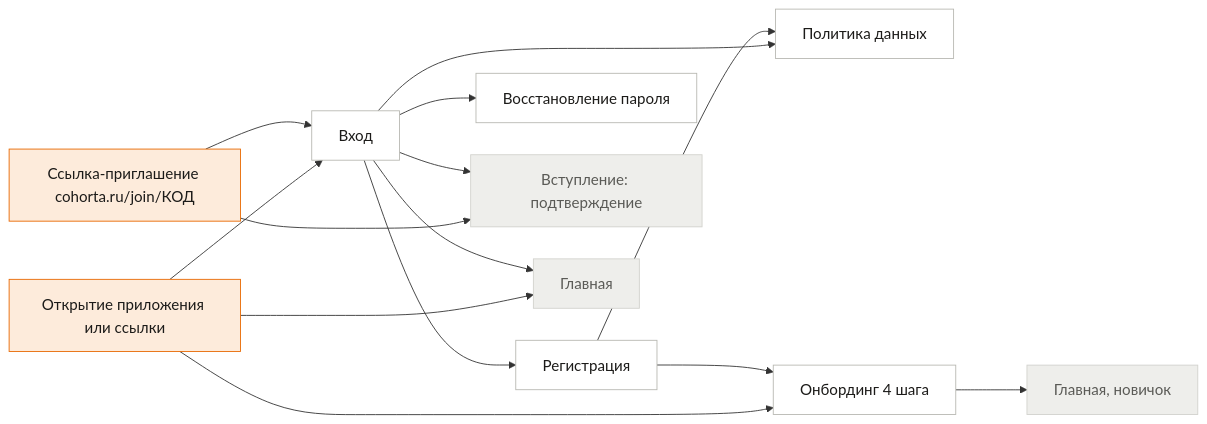
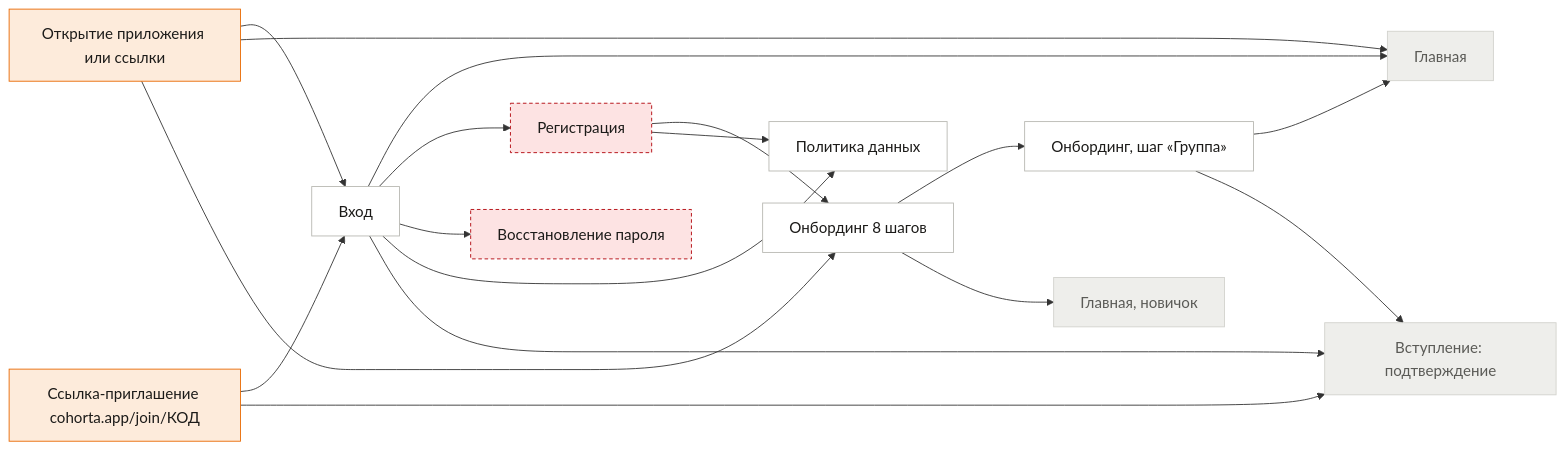
The first of 6 diagrams in docs/design/ia/userflow.md (misha-quartzevsky/cohorta), drawn with Mermaid before and after one commit. The commit also changed other lines of this file and 7 other files, not shown here.

````diff
--- a/docs/design/ia/userflow.md
+++ b/docs/design/ia/userflow.md
@@ -66,41 +64,46 @@
 ```mermaid
 %%{init:{"themeVariables":{"fontSize":"17px"},"flowchart":{"nodeSpacing":36,"rankSpacing":80,"curve":"basis"}}}%%
 flowchart LR
   open["Открытие приложения или ссылки"]
   login["Вход"]
   register["Регистрация"]
   reset["Восстановление пароля"]
   policy["Политика данных"]
-  onb["Онбординг  4 шага "]
-  join_link["Ссылка-приглашение cohorta.ru/join/КОД"]
+  onb["Онбординг  8 шагов "]
+  onb_group["Онбординг, шаг «Группа»"]
+  join_link["Ссылка-приглашение cohorta.app/join/КОД"]
   g_join_ok["Вступление: подтверждение"]
   home["Главная"]
   home_new["Главная, новичок"]
   open --> login
   open --> home
   open --> onb
   login --> home
   login --> register
   login --> reset
   login --> policy
   register --> onb
   register --> policy
+  onb --> onb_group
+  onb_group --> home
+  onb_group --> g_join_ok
   onb --> home_new
   join_link --> login
   join_link --> g_join_ok
   login --> g_join_ok
   classDef ok fill:#FFFFFF,stroke:#B8B8B2,color:#1C1B19
   classDef no fill:#FDE3E3,stroke:#B00008,stroke-dasharray:4 3,color:#1C1B19
   classDef ex fill:#EEEEEB,stroke:#D2D2CD,color:#5A5A56
   classDef vi fill:#FDEBDB,stroke:#E86800,color:#1C1B19
   class open vi
   class login ok
-  class register ok
-  class reset ok
+  class register no
+  class reset no
   class policy ok
   class onb ok
+  class onb_group ok
   class join_link vi
   class g_join_ok ex
   class home ex
   class home_new ex
 ```
````
